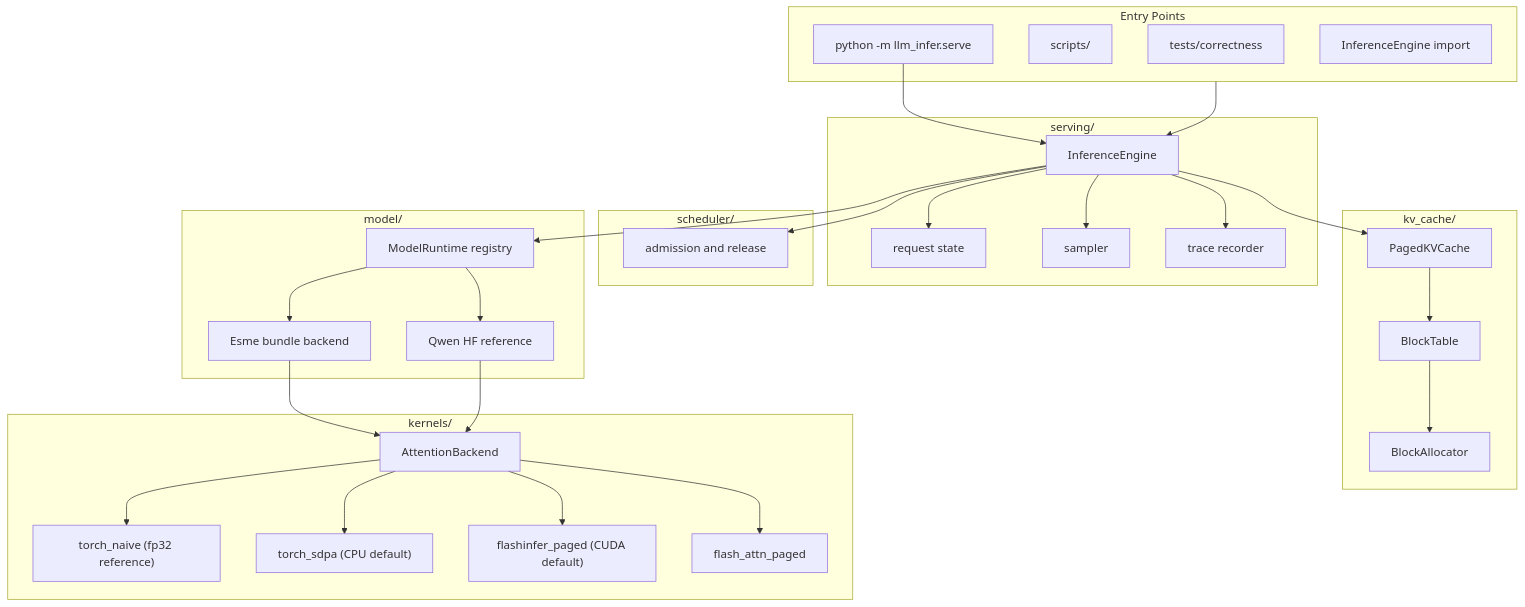
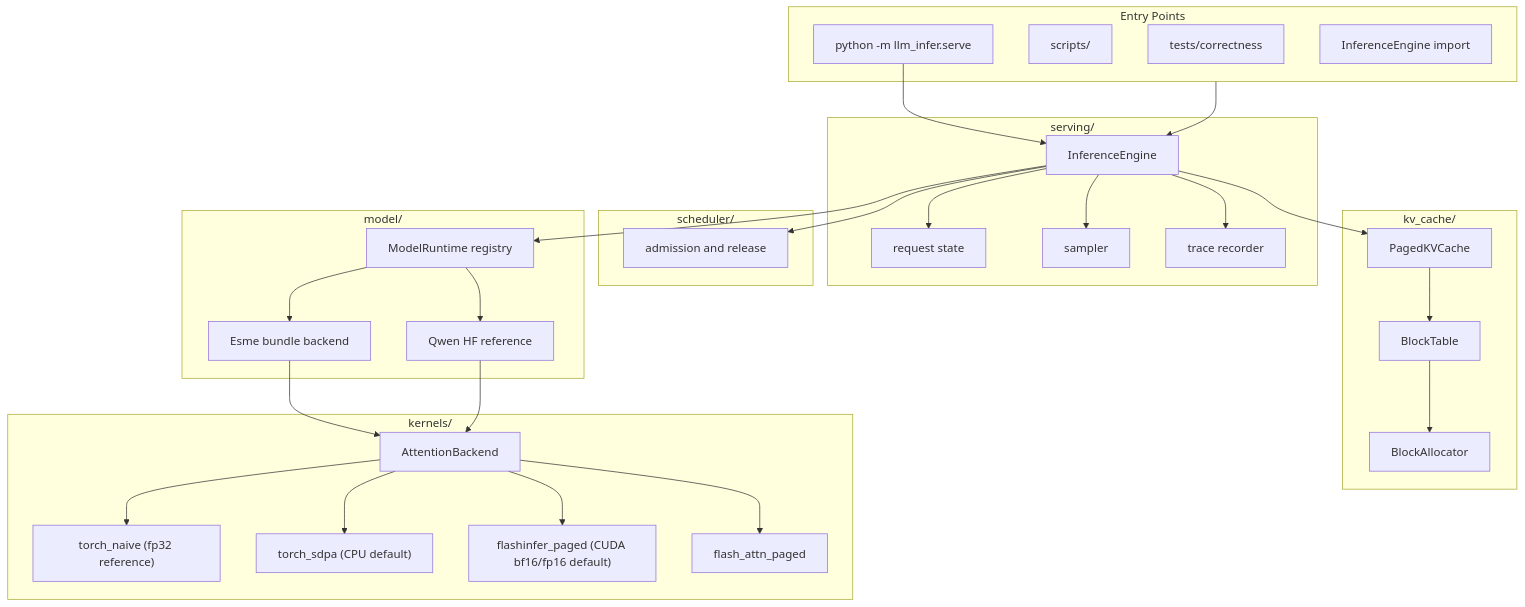
One commit to adamthuvesen/llm-infer changed the diagram in docs/architecture.md. Above: the diagram before and after it, drawn with Mermaid. The commit also changed 1 other file, not shown here.

Commit message:
docs: scope the FlashInfer default and the reproduce-command claim

````diff
--- a/docs/architecture.md
+++ b/docs/architecture.md
@@ -10,59 +10,59 @@
 ```mermaid
 flowchart TB
     subgraph entry [Entry Points]
         Tests["tests/correctness"]
         Scripts["scripts/"]
         Server["python -m llm_infer.serve"]
         Library["InferenceEngine import"]
     end
 
     subgraph serving [serving/]
         Engine["InferenceEngine"]
         Request["request state"]
         Sampler["sampler"]
         Trace["trace recorder"]
     end
 
     subgraph scheduler [scheduler/]
         Sched["admission and release"]
     end
 
     subgraph cache [kv_cache/]
         KV["PagedKVCache"]
         Table["BlockTable"]
         Alloc["BlockAllocator"]
     end
 
     subgraph model [model/]
         Runtime["ModelRuntime registry"]
         Esme["Esme bundle backend"]
         Qwen["Qwen HF reference"]
     end
 
     subgraph kernels [kernels/]
         API["AttentionBackend"]
         Naive["torch_naive (fp32 reference)"]
         SDPA["torch_sdpa (CPU default)"]
-        FI["flashinfer_paged (CUDA default)"]
+        FI["flashinfer_paged (CUDA bf16/fp16 default)"]
         Flash["flash_attn_paged"]
     end
 
     entry --> Engine
     Server --> Engine
     Engine --> Sched
     Engine --> Request
     Engine --> Sampler
     Engine --> Trace
     Engine --> Runtime
     Engine --> KV
     Runtime --> Esme
     Runtime --> Qwen
     Esme --> API
     Qwen --> API
     API --> Naive
     API --> SDPA
     API --> FI
     API --> Flash
     KV --> Table
     Table --> Alloc
 ```
````
